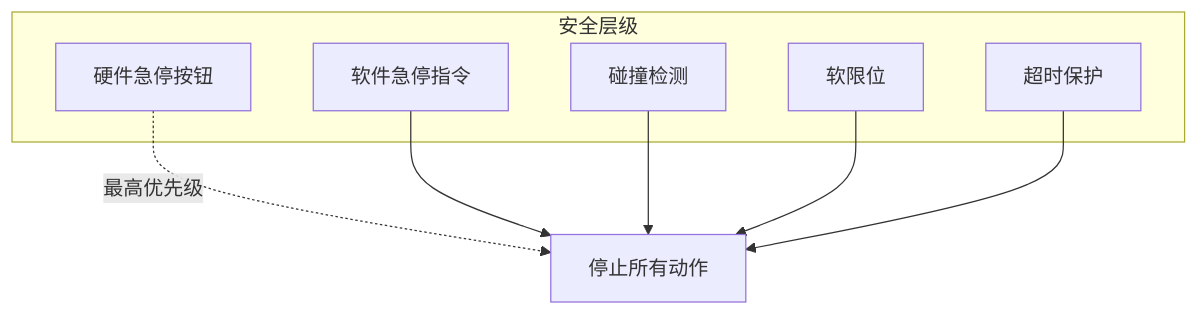
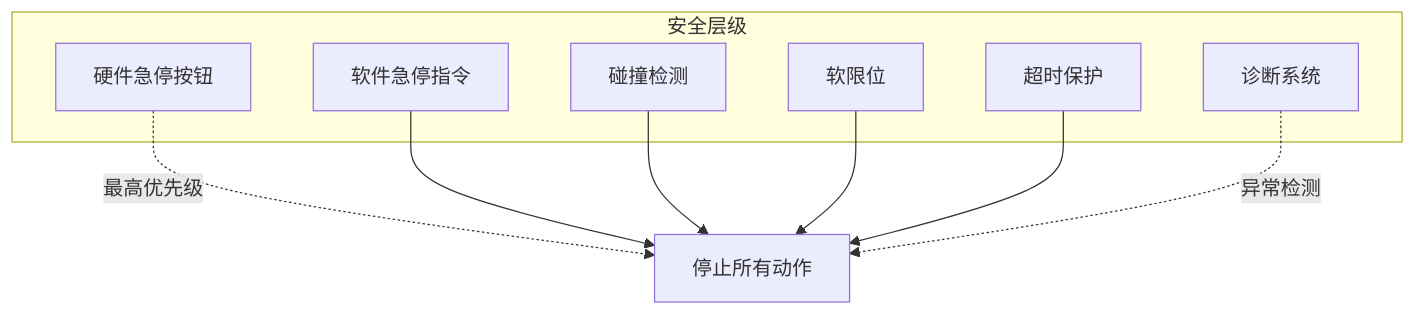
One commit to wsxq2/epoxybot changed diagram 14 of 15 in docs/03_系统架构设计.md. Above: the diagram before and after it, drawn with Mermaid. The commit also changed other lines of this file and 4 other files, not shown here.

````diff
--- a/docs/03_系统架构设计.md
+++ b/docs/03_系统架构设计.md
@@ -805,16 +902,18 @@
 ```mermaid
 graph TB
     subgraph "安全层级"
         L1[硬件急停按钮]
         L2[软件急停指令]
         L3[碰撞检测]
         L4[软限位]
         L5[超时保护]
+        L6[诊断系统]
     end
     
     L1 -.最高优先级.-> STOP[停止所有动作]
     L2 --> STOP
     L3 --> STOP
     L4 --> STOP
     L5 --> STOP
+    L6 -.异常检测.-> STOP
 ```
````
